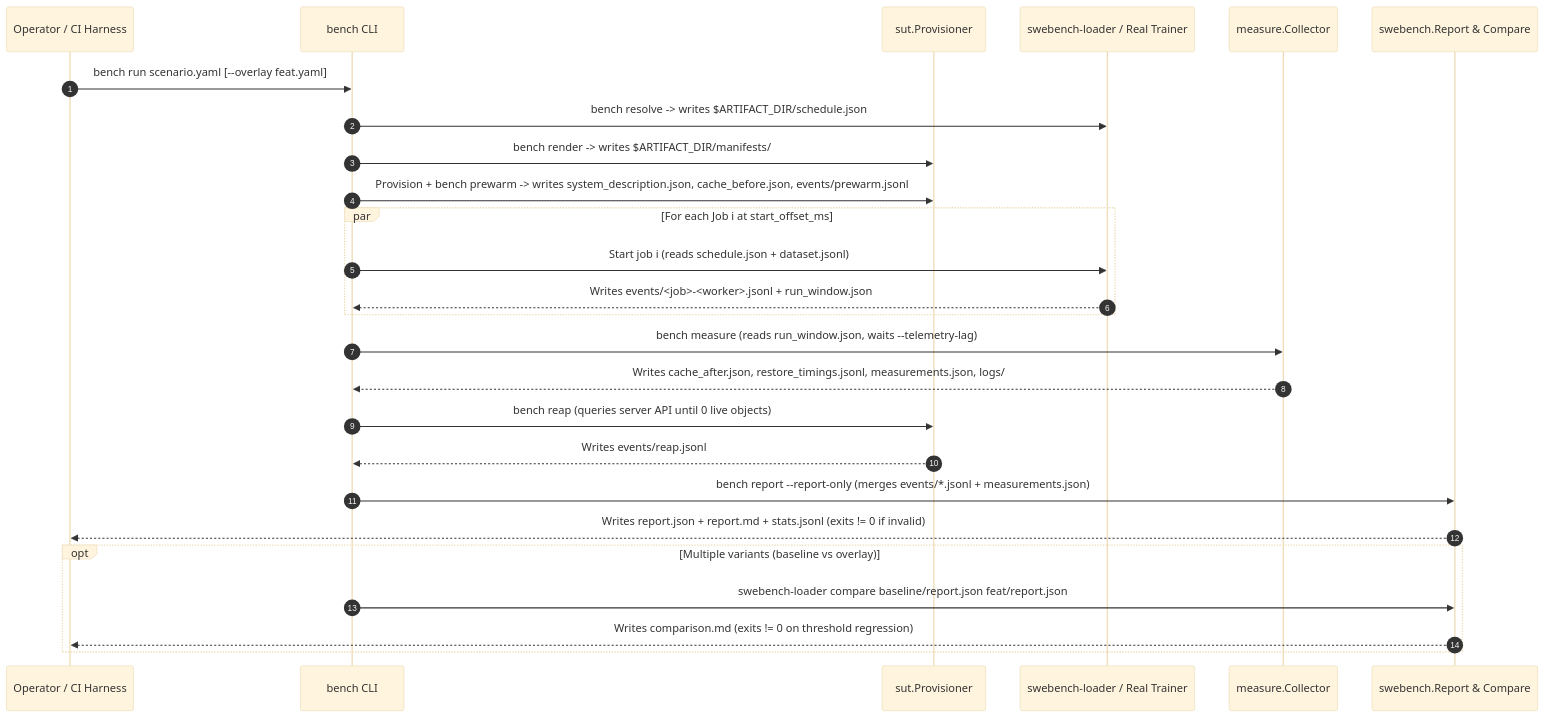
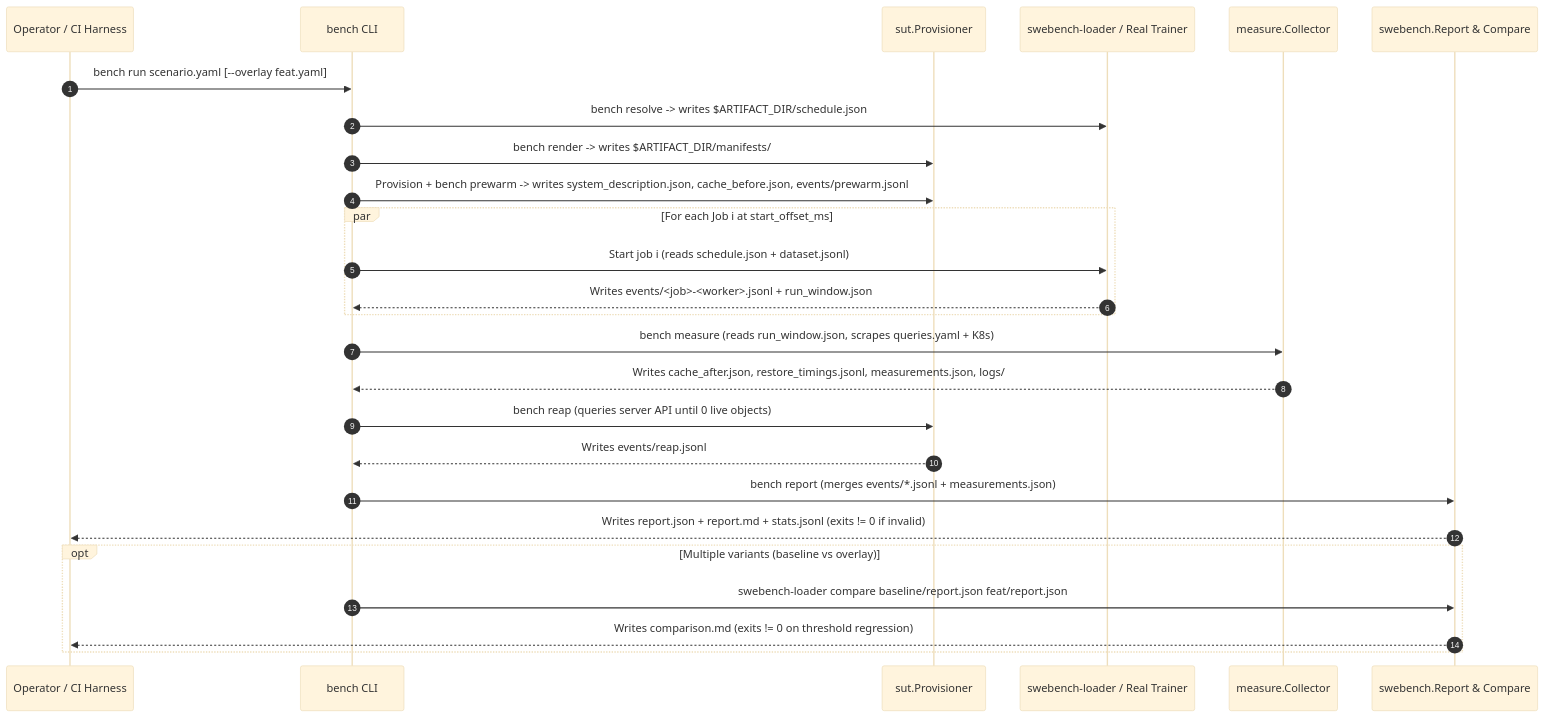
Before and after one commit to ai-on-gke/sandboxenv-rl: the second of 3 diagrams in internal/benchmarking/PLAN.md, drawn with Mermaid (base theme). The commit also changed other lines of this file, not shown here.

Commit message:
docs(benchmarking): add 8-PR implementation plan for DESIGN.md to sequence benchmarking roadmap

````diff
--- a/internal/benchmarking/PLAN.md
+++ b/internal/benchmarking/PLAN.md
@@ -149,29 +146,29 @@
 ```mermaid
 sequenceDiagram
     autonumber
     participant Op as Operator / CI Harness
     participant Bench as bench CLI
     participant SUT as sut.Provisioner
     participant Loader as swebench-loader / Real Trainer
     participant Meas as measure.Collector
     participant Rep as swebench.Report & Compare
 
     Op->>Bench: bench run scenario.yaml [--overlay feat.yaml]
     Bench->>Loader: bench resolve -> writes $ARTIFACT_DIR/schedule.json
     Bench->>SUT: bench render -> writes $ARTIFACT_DIR/manifests/
     Bench->>SUT: Provision + bench prewarm -> writes system_description.json, cache_before.json, events/prewarm.jsonl
     par For each Job i at start_offset_ms
         Bench->>Loader: Start job i (reads schedule.json + dataset.jsonl)
         Loader-->>Bench: Writes events/<job>-<worker>.jsonl + run_window.json
     end
-    Bench->>Meas: bench measure (reads run_window.json, waits --telemetry-lag)
+    Bench->>Meas: bench measure (reads run_window.json, scrapes queries.yaml + K8s)
     Meas-->>Bench: Writes cache_after.json, restore_timings.jsonl, measurements.json, logs/
     Bench->>SUT: bench reap (queries server API until 0 live objects)
     SUT-->>Bench: Writes events/reap.jsonl
-    Bench->>Rep: bench report --report-only (merges events/*.jsonl + measurements.json)
+    Bench->>Rep: bench report (merges events/*.jsonl + measurements.json)
     Rep-->>Op: Writes report.json + report.md + stats.jsonl (exits != 0 if invalid)
     opt Multiple variants (baseline vs overlay)
         Bench->>Rep: swebench-loader compare baseline/report.json feat/report.json
         Rep-->>Op: Writes comparison.md (exits != 0 on threshold regression)
     end
 ```
````
